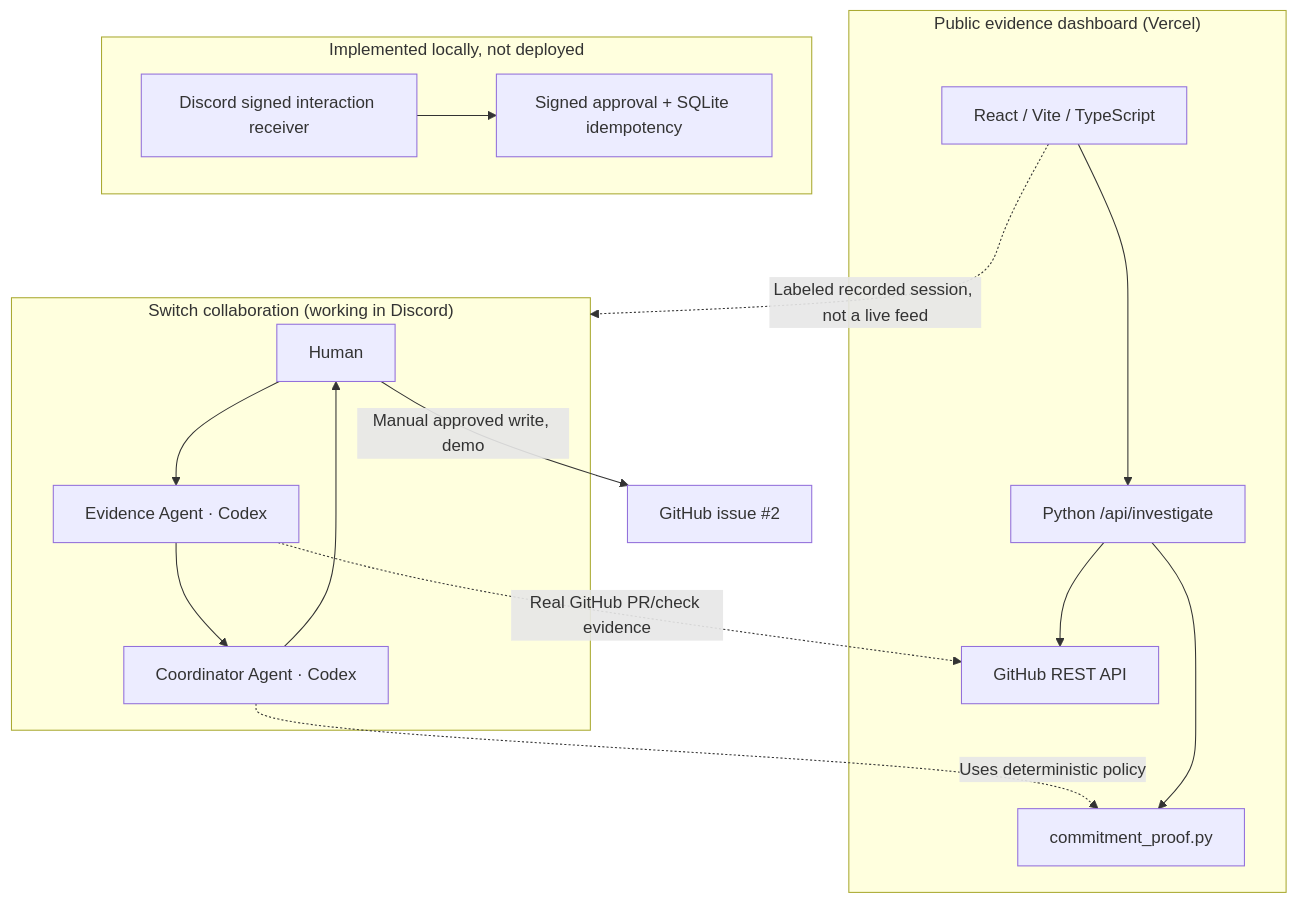
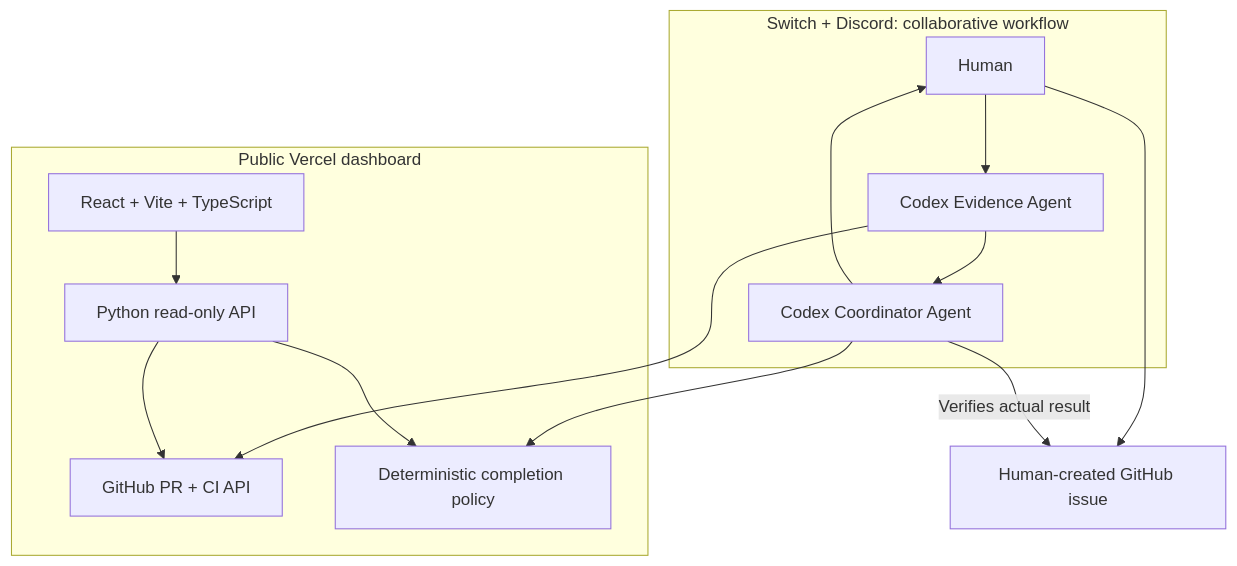
One commit to bh00mi-11/CommitmentProof changed the second of 2 diagrams in README.md. Above: the diagram before and after it, drawn with Mermaid. The commit also changed other lines of this file, not shown here.

Commit message:
Simplify README into judge-friendly Switch workflow story

````diff
--- a/README.md
+++ b/README.md
@@ -72,24 +78,18 @@
 ```mermaid
 flowchart TD
-    subgraph Switch["Switch collaboration (working in Discord)"]
-      U["Human"] --> EA["Evidence Agent · Codex"]
-      EA --> CA["Coordinator Agent · Codex"]
-      CA --> U
+    subgraph Room["Switch + Discord: collaborative workflow"]
+      Human["Human"] --> Evidence["Codex Evidence Agent"]
+      Evidence --> Coordinator["Codex Coordinator Agent"]
+      Coordinator --> Human
     end
-    EA -.->|Real GitHub PR/check evidence| GH["GitHub REST API"]
-    CA -.->|Uses deterministic policy| P["commitment_proof.py"]
-    U -->|Manual approved write, demo| ISSUE["GitHub issue #2"]
-    subgraph Web["Public evidence dashboard (Vercel)"]
-      UI["React / Vite / TypeScript"]
-      API["Python /api/investigate"]
-      UI --> API
-      API --> GH
-      API --> P
-    end
-    UI -.->|Labeled recorded session, not a live feed| Switch
-    subgraph Future["Implemented locally, not deployed"]
-      DIS["Discord signed interaction receiver"]
-      SIG["Signed approval + SQLite idempotency"]
-      DIS --> SIG
+    Evidence --> Github["GitHub PR + CI API"]
+    Coordinator --> Policy["Deterministic completion policy"]
+    Human --> Issue["Human-created GitHub issue"]
+    Coordinator -->|Verifies actual result| Issue
+
+    subgraph Site["Public Vercel dashboard"]
+      Frontend["React + Vite + TypeScript"] --> API["Python read-only API"]
+      API --> Github
+      API --> Policy
     end
 ```
````
